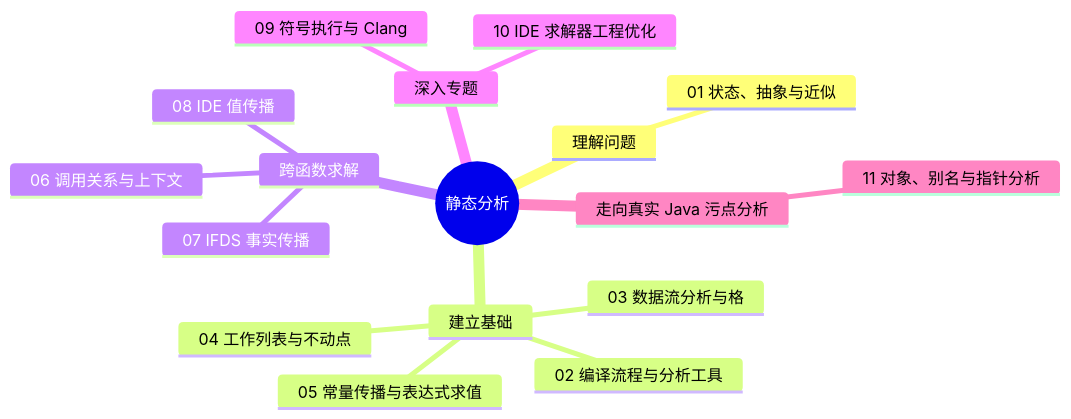
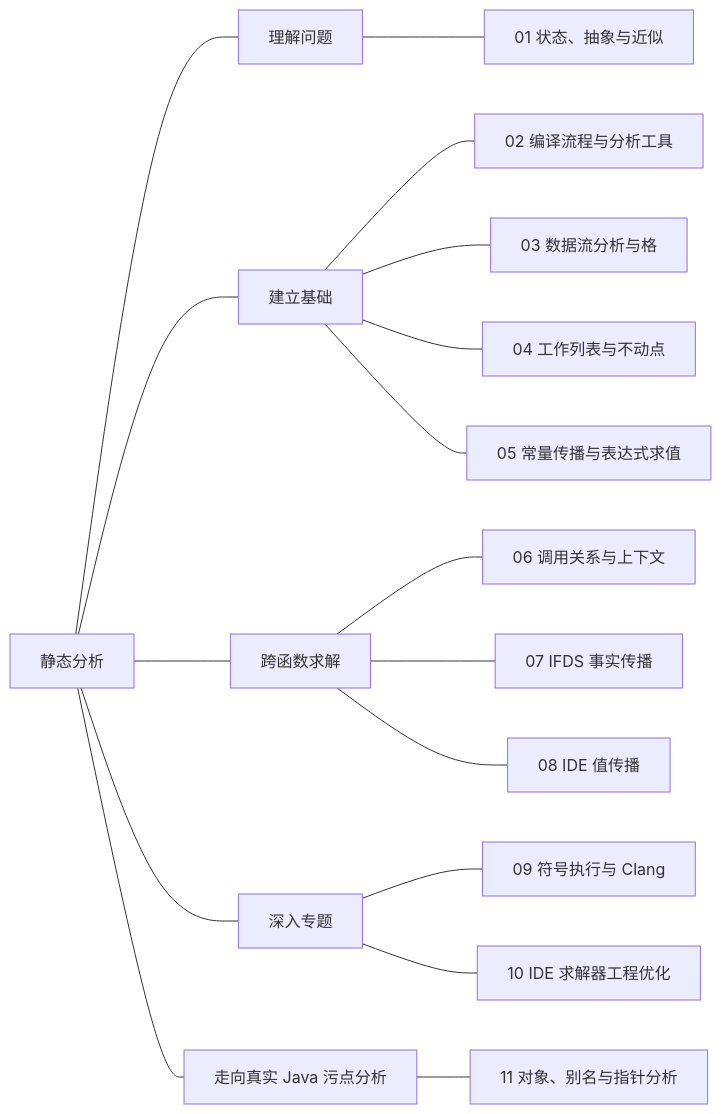
One commit to Scrates1/Scrates1.github.io changed the diagram in src/static-analysis/assets/00-series-1.mmd. Above: the diagram before and after it, drawn with Mermaid. The commit also changed 37 other files, not shown here.

First line of the commit message:
知识总览改为树状图，两张过宽的图改为自上而下排布。

```diff
--- a/src/static-analysis/assets/00-series-1.mmd
+++ b/src/static-analysis/assets/00-series-1.mmd
@@ -1,18 +1,25 @@
-mindmap
-  root((静态分析))
-    理解问题
-      01 状态、抽象与近似
-    建立基础
-      02 编译流程与分析工具
-      03 数据流分析与格
-      04 工作列表与不动点
-      05 常量传播与表达式求值
-    跨函数求解
-      06 调用关系与上下文
-      07 IFDS 事实传播
-      08 IDE 值传播
-    深入专题
-      09 符号执行与 Clang
-      10 IDE 求解器工程优化
-    走向真实 Java 污点分析
-      11 对象、别名与指针分析
+flowchart LR
+  R[静态分析]
+  P1[理解问题]
+  P2[建立基础]
+  P3[跨函数求解]
+  P4[深入专题]
+  P5[走向真实 Java 污点分析]
+  R --- P1
+  R --- P2
+  R --- P3
+  R --- P4
+  R --- P5
+  P1 --- A01[01 状态、抽象与近似]
+  P2 --- A02[02 编译流程与分析工具]
+  P2 --- A03[03 数据流分析与格]
+  P2 --- A04[04 工作列表与不动点]
+  P2 --- A05[05 常量传播与表达式求值]
+  P3 --- A06[06 调用关系与上下文]
+  P3 --- A07[07 IFDS 事实传播]
+  P3 --- A08[08 IDE 值传播]
+  P4 --- A09[09 符号执行与 Clang]
+  P4 --- A10[10 IDE 求解器工程优化]
+  P5 --- A11[11 对象、别名与指针分析]
+  class R merge
+  class P1,P2,P3,P4,P5 branch
```
